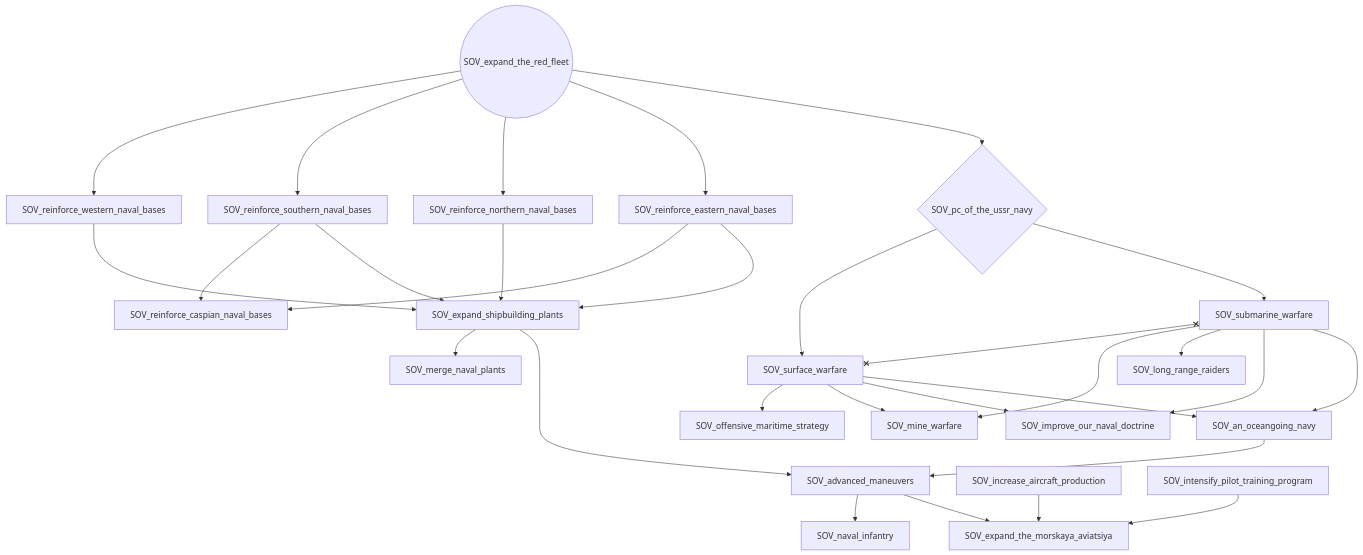
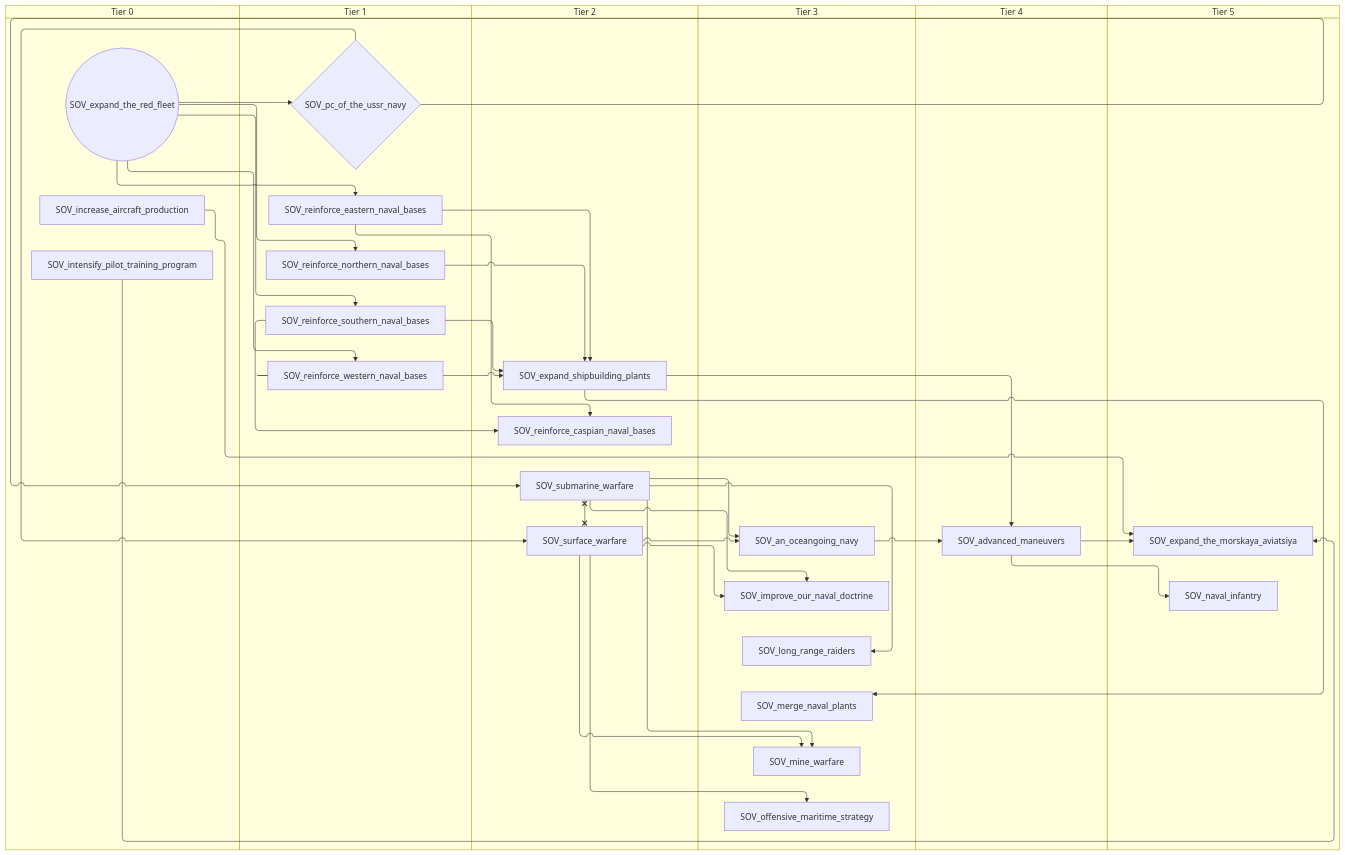
One commit to evgeny-sobol/hoi4-sandbox-mode-r56 changed the second of 9 diagrams in docs/gdd/National Focuses/r56/soviet.md. Above: the diagram before and after it, drawn with Mermaid. The commit also changed other lines of this file and 423 other files, not shown here.

First line of the commit message:
Re-export Rt56 focus trees as swimlane diagrams

````diff
--- a/docs/gdd/National Focuses/r56/soviet.md
+++ b/docs/gdd/National Focuses/r56/soviet.md
@@ -253,53 +289,65 @@
 ```mermaid
-flowchart TD
-    n104["SOV_advanced_maneuvers"]
-    n105["SOV_an_oceangoing_navy"]
-    n106["SOV_expand_shipbuilding_plants"]
-    n107["SOV_expand_the_morskaya_aviatsiya"]
-    n108(("SOV_expand_the_red_fleet"))
-    n109["SOV_improve_our_naval_doctrine"]
-    n110["SOV_increase_aircraft_production"]
-    n111["SOV_intensify_pilot_training_program"]
-    n112["SOV_long_range_raiders"]
-    n113["SOV_merge_naval_plants"]
-    n114["SOV_mine_warfare"]
-    n115["SOV_naval_infantry"]
-    n116["SOV_offensive_maritime_strategy"]
-    n117{"SOV_pc_of_the_ussr_navy"}
-    n118["SOV_reinforce_caspian_naval_bases"]
-    n119["SOV_reinforce_eastern_naval_bases"]
-    n120["SOV_reinforce_northern_naval_bases"]
-    n121["SOV_reinforce_southern_naval_bases"]
-    n122["SOV_reinforce_western_naval_bases"]
-    n123["SOV_submarine_warfare"]
-    n124["SOV_surface_warfare"]
-    n106 --> n104
-    n105 --> n104
-    n124 --> n105
-    n123 --> n105
-    n122 --> n106
-    n120 --> n106
-    n121 --> n106
-    n119 --> n106
-    n110 --> n107
-    n111 --> n107
+swimlane-beta TD
+    subgraph tier_0["Tier 0"]
+        n104(("SOV_expand_the_red_fleet"))
+        n105["SOV_increase_aircraft_production"]
+        n106["SOV_intensify_pilot_training_program"]
+    end
+    subgraph tier_1["Tier 1"]
+        n107{"SOV_pc_of_the_ussr_navy"}
+        n108["SOV_reinforce_eastern_naval_bases"]
+        n109["SOV_reinforce_northern_naval_bases"]
+        n110["SOV_reinforce_southern_naval_bases"]
+        n111["SOV_reinforce_western_naval_bases"]
+    end
+    subgraph tier_2["Tier 2"]
+        n112["SOV_expand_shipbuilding_plants"]
+        n113["SOV_reinforce_caspian_naval_bases"]
+        n114["SOV_submarine_warfare"]
+        n115["SOV_surface_warfare"]
+    end
+    subgraph tier_3["Tier 3"]
+        n116["SOV_an_oceangoing_navy"]
+        n117["SOV_improve_our_naval_doctrine"]
+        n118["SOV_long_range_raiders"]
+        n119["SOV_merge_naval_plants"]
+        n120["SOV_mine_warfare"]
+        n121["SOV_offensive_maritime_strategy"]
+    end
+    subgraph tier_4["Tier 4"]
+        n122["SOV_advanced_maneuvers"]
+    end
+    subgraph tier_5["Tier 5"]
+        n123["SOV_expand_the_morskaya_aviatsiya"]
+        n124["SOV_naval_infantry"]
+    end
+    n112 --> n122
+    n116 --> n122
+    n115 --> n116
+    n114 --> n116
+    n111 --> n112
+    n109 --> n112
+    n110 --> n112
+    n108 --> n112
+    n105 --> n123
+    n106 --> n123
+    n122 --> n123
+    n115 --> n117
+    n114 --> n117
+    n114 --> n118
+    n112 --> n119
+    n115 --> n120
+    n114 --> n120
+    n122 --> n124
+    n115 --> n121
     n104 --> n107
-    n124 --> n109
-    n123 --> n109
-    n123 --> n112
-    n106 --> n113
-    n124 --> n114
-    n123 --> n114
-    n104 --> n115
-    n124 --> n116
-    n108 --> n117
-    n121 --> n118
-    n119 --> n118
-    n108 --> n119
-    n108 --> n120
-    n108 --> n121
-    n108 --> n122
-    n117 --> n123
-    n117 --> n124
-    n123 x--x n124
+    n110 --> n113
+    n108 --> n113
+    n104 --> n108
+    n104 --> n109
+    n104 --> n110
+    n104 --> n111
+    n107 --> n114
+    n107 --> n115
+    n114 x--x n115
 ```
````
